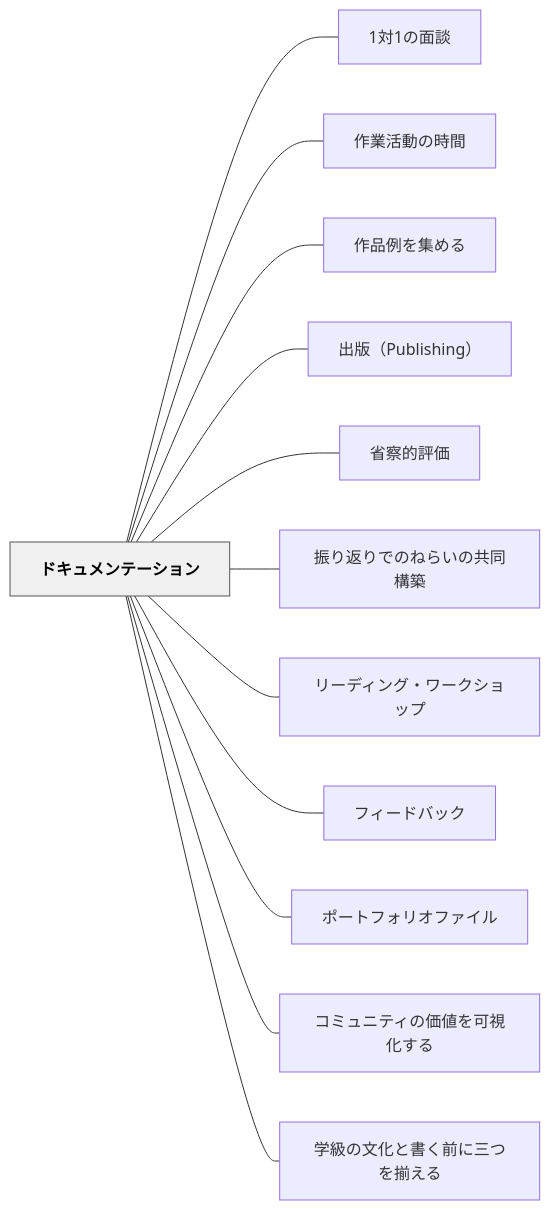
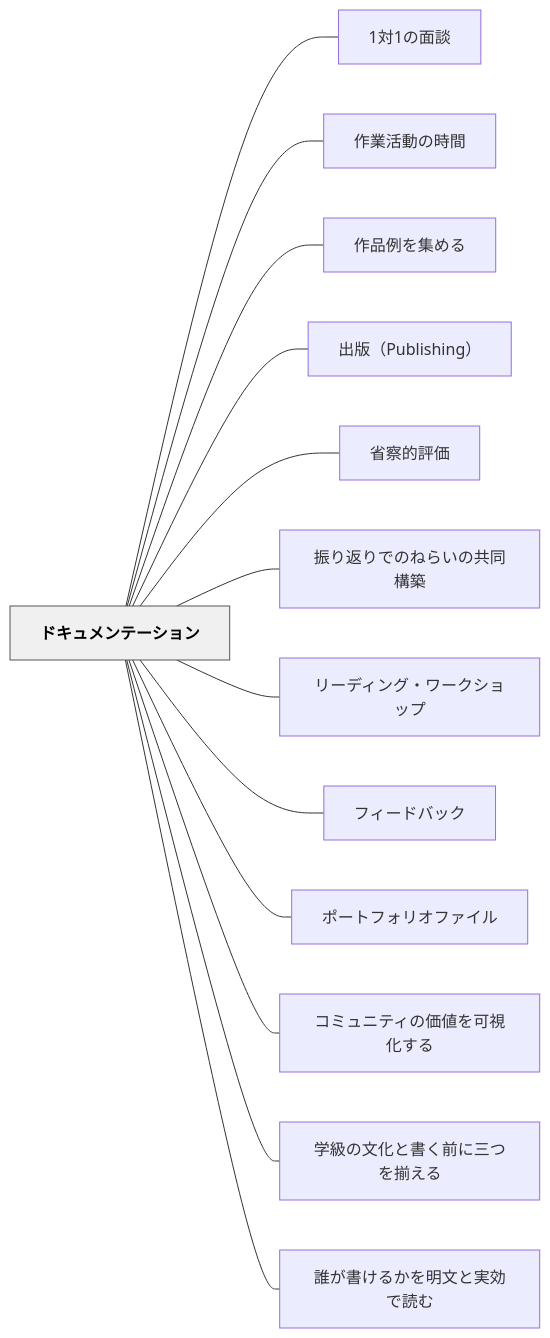
One commit to unknownthings-ed-patterns/unknownthings-ed-patterns changed the diagram in content/パタン/ドキュメンテーション.md. Above: the diagram before and after it, drawn with Mermaid. The commit also changed other lines of this file and 14 other files, not shown here.

````diff
--- a/content/パタン/ドキュメンテーション.md
+++ b/content/パタン/ドキュメンテーション.md
@@ -68,30 +69,32 @@
 ```mermaid
 flowchart LR
     ne38389e382ade383a5e383a1e383b3e38386e383bce382b7e383a7e383b3["ドキュメンテーション"]
     n31e5afbe31e381aee99da2e8ab87["1対1の面談"]
     ne4bd9ce6a5ade6b4bbe58b95e381aee69982e99693["作業活動の時間"]
     ne4bd9ce59381e4be8be38292e99b86e38281e3828b["作品例を集める"]
     ne587bae78988efbc885075626c697368696e67efbc89["出版（Publishing）"]
     ne79c81e5af9fe79a84e8a995e4bea1["省察的評価"]
     ne68cafe3828ae8bf94e3828ae381a7e381aee381ade38289e38184e381aee585b1e5908ce6a78be7af89["振り返りでのねらいの共同構築"]
     ne383aae383bce38387e382a3e383b3e382b0e383bbe383afe383bce382afe382b7e383a7e38383e38397["リーディング・ワークショップ"]
     ne38395e382a3e383bce38389e38390e38383e382af["フィードバック"]
     ne3839de383bce38388e38395e382a9e383aae382aae38395e382a1e382a4e383ab["ポートフォリオファイル"]
     ne382b3e3839fe383a5e3838be38386e382a3e381aee4bea1e580a4e38292e58fafe8a696e58c96e38199e3828b["コミュニティの価値を可視化する"]
     ne5ada6e7b49ae381aee69687e58c96e381a8e69bb8e3818fe5898de381abe4b889e381a4e38292e68f83e38188e3828b["学級の文化と書く前に三つを揃える"]
+    ne8aab0e3818ce69bb8e38191e3828be3818be38292e6988ee69687e381a8e5ae9fe58ab9e381a7e8aaade38280["誰が書けるかを明文と実効で読む"]
 
     ne38389e382ade383a5e383a1e383b3e38386e383bce382b7e383a7e383b3 --- n31e5afbe31e381aee99da2e8ab87
     ne38389e382ade383a5e383a1e383b3e38386e383bce382b7e383a7e383b3 --- ne4bd9ce6a5ade6b4bbe58b95e381aee69982e99693
     ne38389e382ade383a5e383a1e383b3e38386e383bce382b7e383a7e383b3 --- ne4bd9ce59381e4be8be38292e99b86e38281e3828b
     ne38389e382ade383a5e383a1e383b3e38386e383bce382b7e383a7e383b3 --- ne587bae78988efbc885075626c697368696e67efbc89
     ne38389e382ade383a5e383a1e383b3e38386e383bce382b7e383a7e383b3 --- ne79c81e5af9fe79a84e8a995e4bea1
     ne38389e382ade383a5e383a1e383b3e38386e383bce382b7e383a7e383b3 --- ne68cafe3828ae8bf94e3828ae381a7e381aee381ade38289e38184e381aee585b1e5908ce6a78be7af89
     ne38389e382ade383a5e383a1e383b3e38386e383bce382b7e383a7e383b3 --- ne383aae383bce38387e382a3e383b3e382b0e383bbe383afe383bce382afe382b7e383a7e38383e38397
     ne38389e382ade383a5e383a1e383b3e38386e383bce382b7e383a7e383b3 --- ne38395e382a3e383bce38389e38390e38383e382af
     ne38389e382ade383a5e383a1e383b3e38386e383bce382b7e383a7e383b3 --- ne3839de383bce38388e38395e382a9e383aae382aae38395e382a1e382a4e383ab
     ne38389e382ade383a5e383a1e383b3e38386e383bce382b7e383a7e383b3 --- ne382b3e3839fe383a5e3838be38386e382a3e381aee4bea1e580a4e38292e58fafe8a696e58c96e38199e3828b
     ne38389e382ade383a5e383a1e383b3e38386e383bce382b7e383a7e383b3 --- ne5ada6e7b49ae381aee69687e58c96e381a8e69bb8e3818fe5898de381abe4b889e381a4e38292e68f83e38188e3828b
+    ne38389e382ade383a5e383a1e383b3e38386e383bce382b7e383a7e383b3 --- ne8aab0e3818ce69bb8e38191e3828be3818be38292e6988ee69687e381a8e5ae9fe58ab9e381a7e8aaade38280
 
     classDef hub fill:#f0f0f0,stroke:#555,color:#000,font-weight:bold
     class ne38389e382ade383a5e383a1e383b3e38386e383bce382b7e383a7e383b3 hub
 ```
````
